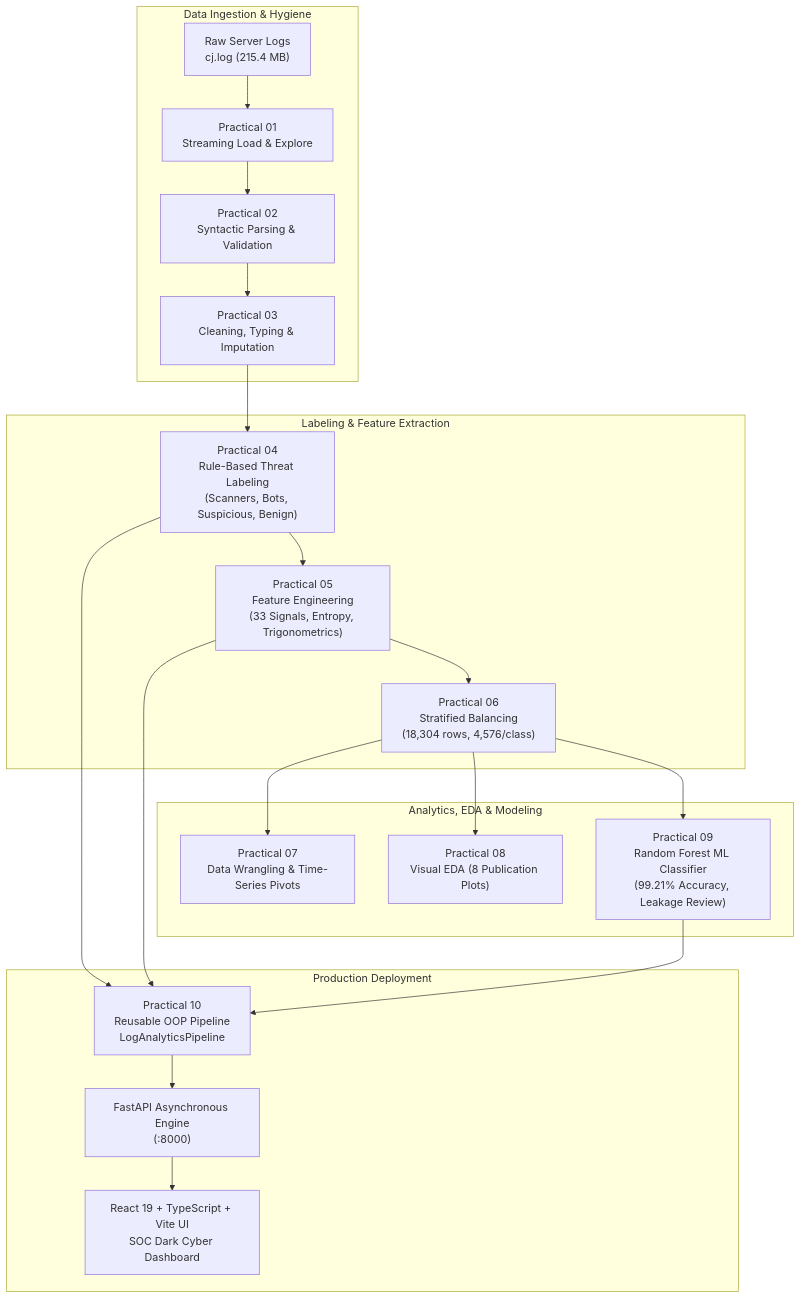
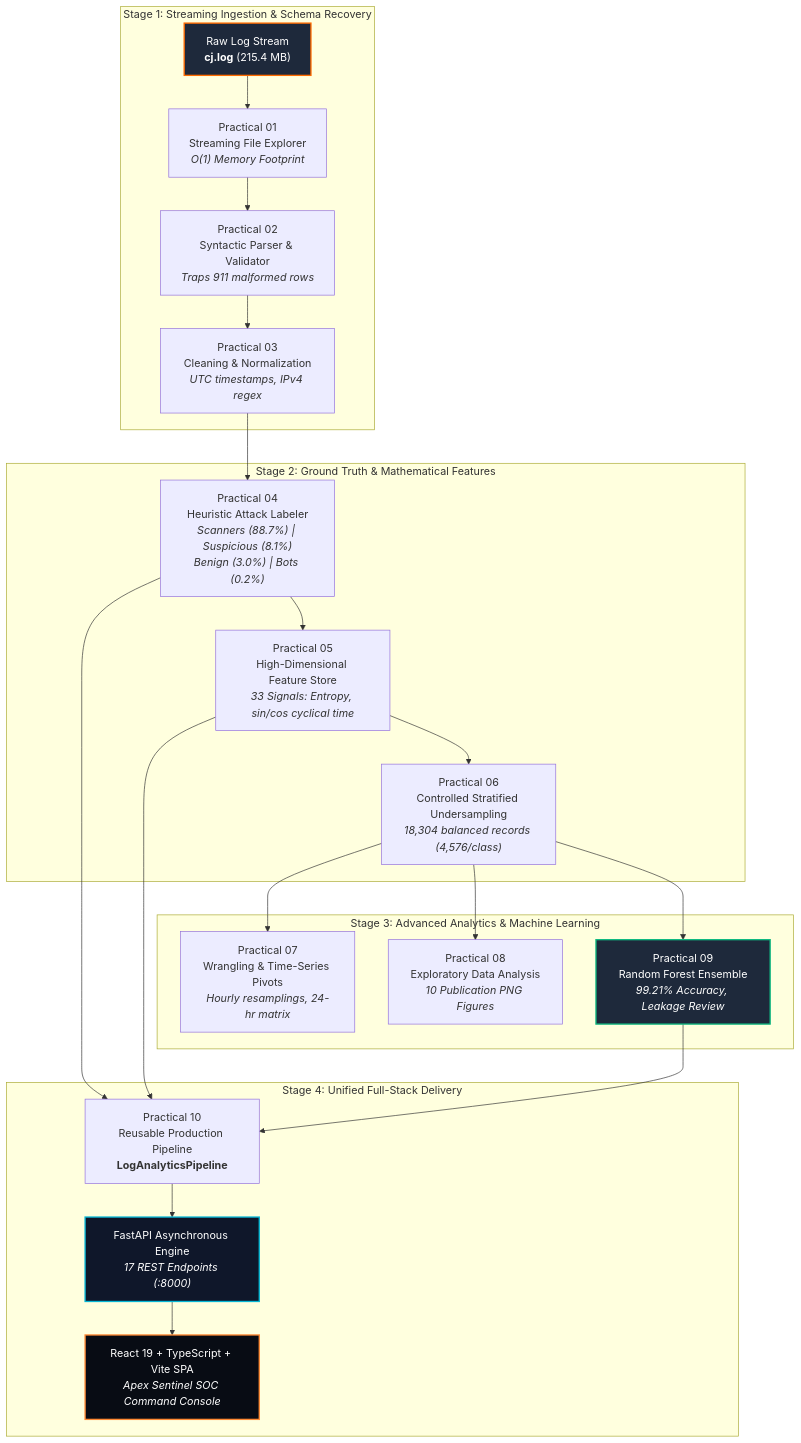
One commit to SHAHADPATHAN/Python-Practical-PDS- changed the diagram in README.md. Above: the diagram before and after it, drawn with Mermaid. The commit also changed other lines of this file, not shown here.

Commit message:
docs: elevate README with unique design, architecture diagrams, and comprehensive technical documentation

````diff
--- a/README.md
+++ b/README.md
@@ -81,26 +90,31 @@
 ```mermaid
 flowchart TD
-    subgraph Data_Ingestion["Data Ingestion & Hygiene"]
-        RAW["Raw Server Logs<br/>cj.log (215.4 MB)"] --> P1["Practical 01<br/>Streaming Load & Explore"]
-        P1 --> P2["Practical 02<br/>Syntactic Parsing & Validation"]
-        P2 --> P3["Practical 03<br/>Cleaning, Typing & Imputation"]
+    subgraph INGESTION["Stage 1: Streaming Ingestion & Schema Recovery"]
+        R1["Raw Log Stream<br/><b>cj.log</b> (215.4 MB)"] --> P1["Practical 01<br/>Streaming File Explorer<br/><i>O(1) Memory Footprint</i>"]
+        P1 --> P2["Practical 02<br/>Syntactic Parser & Validator<br/><i>Traps 911 malformed rows</i>"]
+        P2 --> P3["Practical 03<br/>Cleaning & Normalization<br/><i>UTC timestamps, IPv4 regex</i>"]
     end
 
-    subgraph Feature_Engineering_Phase["Labeling & Feature Extraction"]
-        P3 --> P4["Practical 04<br/>Rule-Based Threat Labeling<br/>(Scanners, Bots, Suspicious, Benign)"]
-        P4 --> P5["Practical 05<br/>Feature Engineering<br/>(33 Signals, Entropy, Trigonometrics)"]
-        P5 --> P6["Practical 06<br/>Stratified Balancing<br/>(18,304 rows, 4,576/class)"]
+    subgraph LABELS_FEATURES["Stage 2: Ground Truth & Mathematical Features"]
+        P3 --> P4["Practical 04<br/>Heuristic Attack Labeler<br/><i>Scanners (88.7%) | Suspicious (8.1%)<br/>Benign (3.0%) | Bots (0.2%)</i>"]
+        P4 --> P5["Practical 05<br/>High-Dimensional Feature Store<br/><i>33 Signals: Entropy, sin/cos cyclical time</i>"]
+        P5 --> P6["Practical 06<br/>Controlled Stratified Undersampling<br/><i>18,304 balanced records (4,576/class)</i>"]
     end
 
-    subgraph Analytics_and_ML["Analytics, EDA & Modeling"]
-        P6 --> P7["Practical 07<br/>Data Wrangling & Time-Series Pivots"]
-        P6 --> P8["Practical 08<br/>Visual EDA (8 Publication Plots)"]
-        P6 --> P9["Practical 09<br/>Random Forest ML Classifier<br/>(99.21% Accuracy, Leakage Review)"]
+    subgraph MODELING_EDA["Stage 3: Advanced Analytics & Machine Learning"]
+        P6 --> P7["Practical 07<br/>Wrangling & Time-Series Pivots<br/><i>Hourly resamplings, 24-hr matrix</i>"]
+        P6 --> P8["Practical 08<br/>Exploratory Data Analysis<br/><i>10 Publication PNG Figures</i>"]
+        P6 --> P9["Practical 09<br/>Random Forest Ensemble<br/><i>99.21% Accuracy, Leakage Review</i>"]
     end
 
-    subgraph Production_Engine["Production Deployment"]
-        P4 & P5 & P9 --> P10["Practical 10<br/>Reusable OOP Pipeline<br/>LogAnalyticsPipeline"]
-        P10 --> FASTAPI["FastAPI Asynchronous Engine<br/>(:8000)"]
-        FASTAPI --> SPA["React 19 + TypeScript + Vite UI<br/>SOC Dark Cyber Dashboard"]
+    subgraph DEPLOYMENT["Stage 4: Unified Full-Stack Delivery"]
+        P4 & P5 & P9 --> P10["Practical 10<br/>Reusable Production Pipeline<br/><b>LogAnalyticsPipeline</b>"]
+        P10 --> API["FastAPI Asynchronous Engine<br/><i>17 REST Endpoints (:8000)</i>"]
+        API --> UI["React 19 + TypeScript + Vite SPA<br/><i>Apex Sentinel SOC Command Console</i>"]
     end
+
+    style R1 fill:#1E293B,stroke:#FF6B00,stroke-width:2px,color:#FFF
+    style P9 fill:#1E293B,stroke:#10B981,stroke-width:2px,color:#FFF
+    style API fill:#0F172A,stroke:#06B6D4,stroke-width:2px,color:#FFF
+    style UI fill:#080C14,stroke:#FF8A34,stroke-width:2px,color:#FFF
 ```
````
